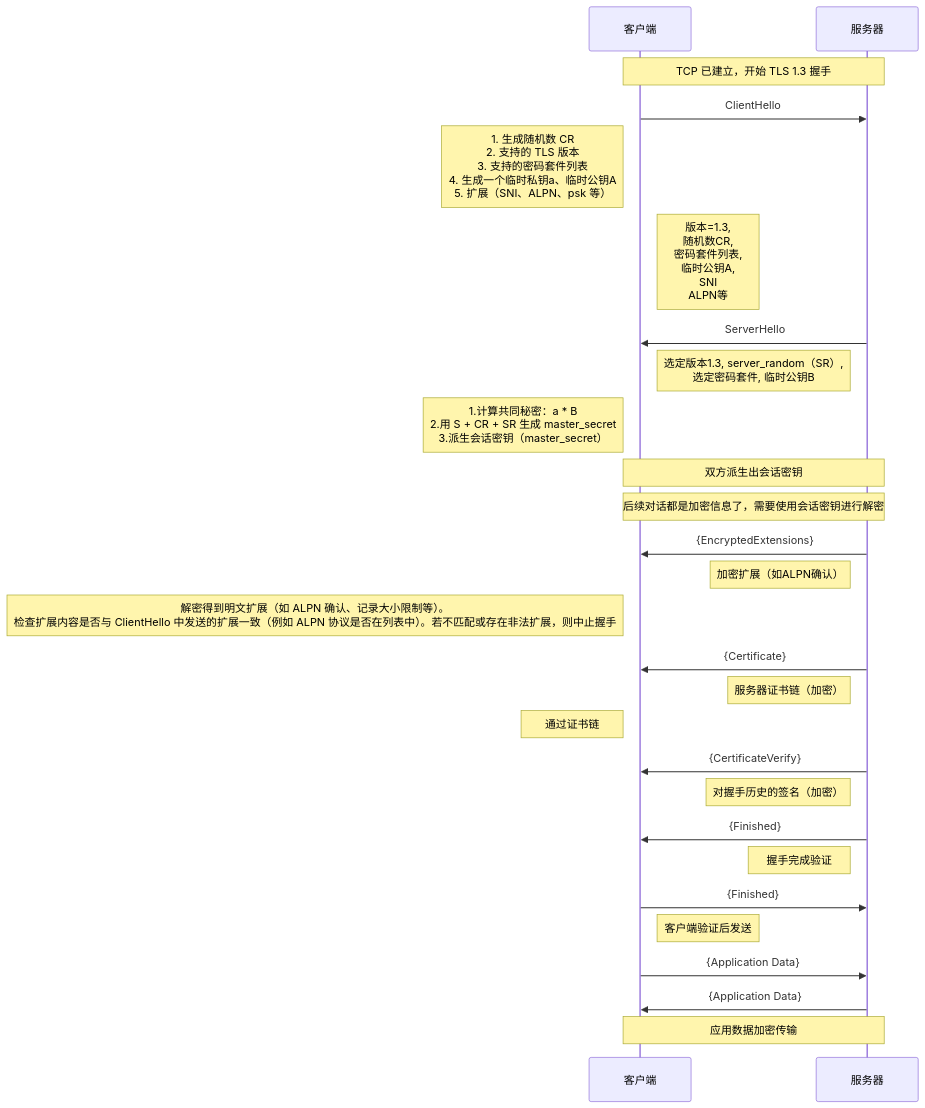
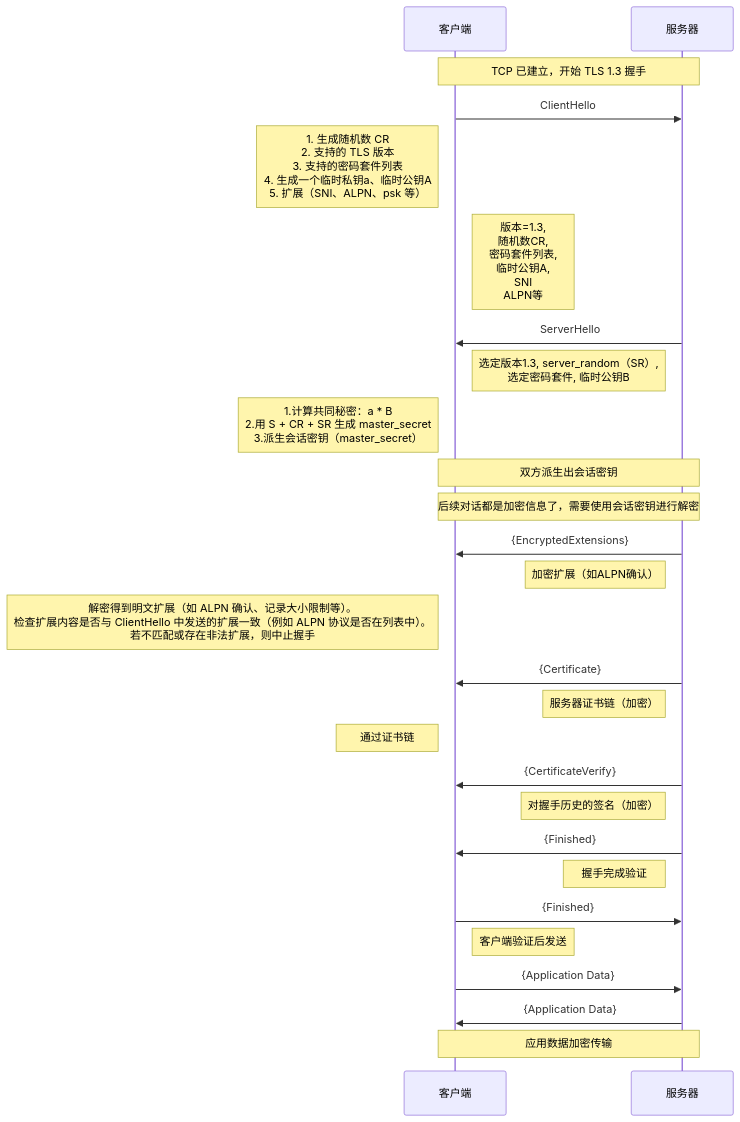
The diagram in all/TLS-1.3-通用.md (HY-10-8/iodraw-files), drawn with Mermaid before and after one commit.

Commit message:
2026-03-30 18:46:47 update

````diff
--- a/all/TLS-1.3-通用.md
+++ b/all/TLS-1.3-通用.md
@@ -1,39 +1,39 @@
 ```mermaid
 sequenceDiagram
     participant C as 客户端
     participant S as 服务器
 
     Note over C,S: TCP 已建立，开始 TLS 1.3 握手
 
     C->>S: ClientHello
     Note left of C: 1. 生成随机数 CR<br/> 2. 支持的 TLS 版本<br/> 3. 支持的密码套件列表<br/> 4. 生成一个临时私钥a、临时公钥A<br/> 5. 扩展（SNI、ALPN、psk 等）
     Note right of C: 版本=1.3,<br/> 随机数CR,<br/> 密码套件列表,<br/> 临时公钥A,<br/> SNI<br/> ALPN等
 
     S->>C: ServerHello
     Note left of S: 选定版本1.3, server_random（SR）,<br/> 选定密码套件, 临时公钥B
     Note left of C: 1.计算共同秘密：a * B<br/> 2.用 S + CR + SR 生成 master_secret<br/> 3.派生会话密钥（master_secret）
 
     Note over C,S: 双方派生出会话密钥
     Note over C,S: 后续对话都是加密信息了，需要使用会话密钥进行解密
 
     S->>C: {EncryptedExtensions}
     Note left of S: 加密扩展（如ALPN确认）
-    Note left of C: 解密得到明文扩展（如 ALPN 确认、记录大小限制等）。<br/>检查扩展内容是否与 ClientHello 中发送的扩展一致（例如 ALPN 协议是否在列表中）。若不匹配或存在非法扩展，则中止握手
+    Note left of C: 解密得到明文扩展（如 ALPN 确认、记录大小限制等）。<br/>检查扩展内容是否与 ClientHello 中发送的扩展一致（例如 ALPN 协议是否在列表中）。<br/>若不匹配或存在非法扩展，则中止握手
 
     S->>C: {Certificate}
     Note left of S: 服务器证书链（加密）
     Note left of C: 通过证书链
 
     S->>C: {CertificateVerify}
     Note left of S: 对握手历史的签名（加密）
 
     S->>C: {Finished}
     Note left of S: 握手完成验证
 
     C->>S: {Finished}
     Note right of C: 客户端验证后发送
 
     C->>S: {Application Data}
     S->>C: {Application Data}
     Note over C,S: 应用数据加密传输
 ```
````
